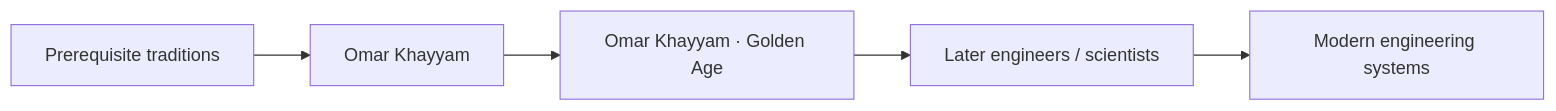
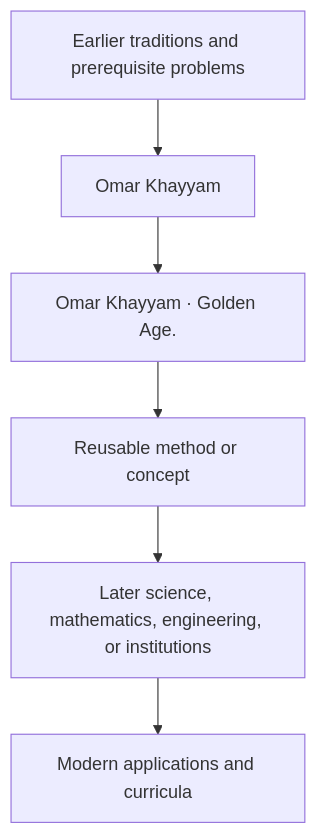
The diagram in docs/history/omar-khayyam/influence.md (via-decide/ViaLogic), drawn with Mermaid before and after one commit. The commit also changed other lines of this file and 858 other files, not shown here.

````diff
--- a/docs/history/omar-khayyam/influence.md
+++ b/docs/history/omar-khayyam/influence.md
@@ -29,7 +16,8 @@
 ```mermaid
-graph LR
-  prerequisites["Prerequisite traditions"] --> current["Omar Khayyam"]
-  current --> contribution["Omar Khayyam · Golden Age"]
-  contribution --> successors["Later engineers / scientists"]
-  successors --> modern["Modern engineering systems"]
+graph TD
+  Prior[Earlier traditions and prerequisite problems] --> Person[Omar Khayyam]
+  Person --> Contribution[Omar Khayyam · Golden Age.]
+  Contribution --> Method[Reusable method or concept]
+  Method --> Later[Later science, mathematics, engineering, or institutions]
+  Later --> Modern[Modern applications and curricula]
 ```
````
